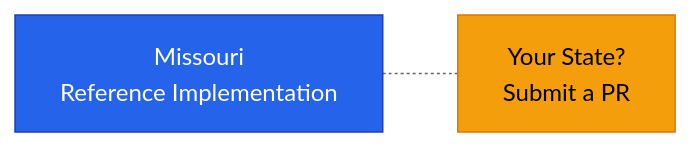
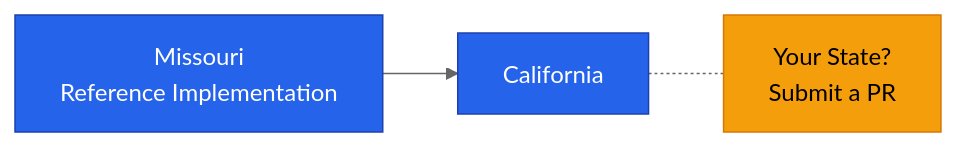
Before and after one commit to dougdevitre/access-to-business: the second of 2 diagrams in references/regional/README.md, drawn with Mermaid (neutral theme). The commit also changed other lines of this file and 4 other files, not shown here.

````diff
--- a/references/regional/README.md
+++ b/references/regional/README.md
@@ -33,7 +33,9 @@
 ```mermaid
 graph LR
-    MO[Missouri\nReference Implementation] -.- NEXT[Your State?\nSubmit a PR]
+    MO[Missouri\nReference Implementation] --> CA[California]
+    CA -.- NEXT[Your State?\nSubmit a PR]
 
     style MO fill:#2563eb,stroke:#1e40af,color:#fff
+    style CA fill:#2563eb,stroke:#1e40af,color:#fff
     style NEXT fill:#f59e0b,stroke:#d97706,color:#000
 ```
````
